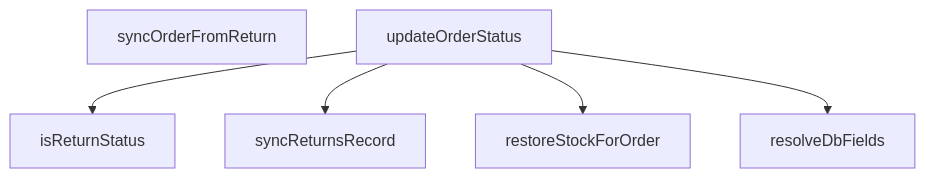
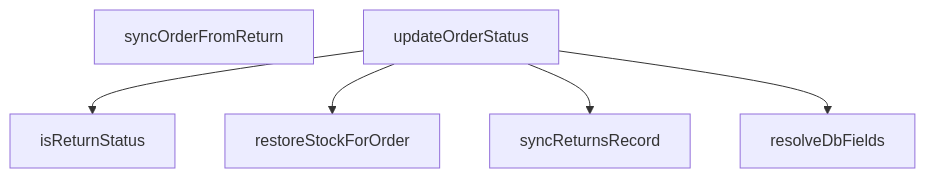
The diagram in src/lib/orderStatusService.md (peckop/venthub-hvac-esite), drawn with Mermaid before and after one commit. The commit also changed other lines of this file and 29 other files, not shown here.

````diff
--- a/src/lib/orderStatusService.md
+++ b/src/lib/orderStatusService.md
@@ -229,13 +219,13 @@
 ```mermaid
 graph TD
     orderStatusService_ts__isReturnStatus["isReturnStatus"]
     orderStatusService_ts__resolveDbFields["resolveDbFields"]
     orderStatusService_ts__restoreStockForOrder["restoreStockForOrder"]
     orderStatusService_ts__syncOrderFromReturn["syncOrderFromReturn"]
     orderStatusService_ts__syncReturnsRecord["syncReturnsRecord"]
     orderStatusService_ts__updateOrderStatus["updateOrderStatus"]
     orderStatusService_ts__updateOrderStatus --> orderStatusService_ts__isReturnStatus
+    orderStatusService_ts__updateOrderStatus --> orderStatusService_ts__restoreStockForOrder
     orderStatusService_ts__updateOrderStatus --> orderStatusService_ts__syncReturnsRecord
-    orderStatusService_ts__updateOrderStatus --> orderStatusService_ts__restoreStockForOrder
     orderStatusService_ts__updateOrderStatus --> orderStatusService_ts__resolveDbFields
 ```
````
